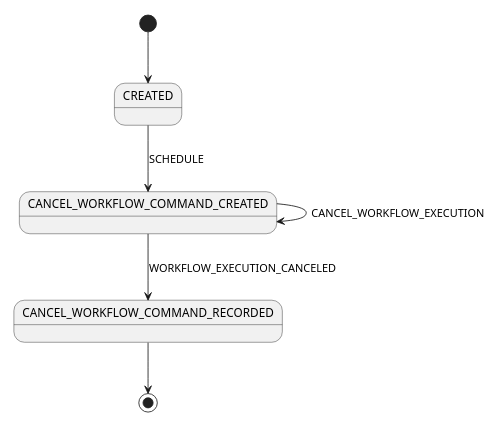
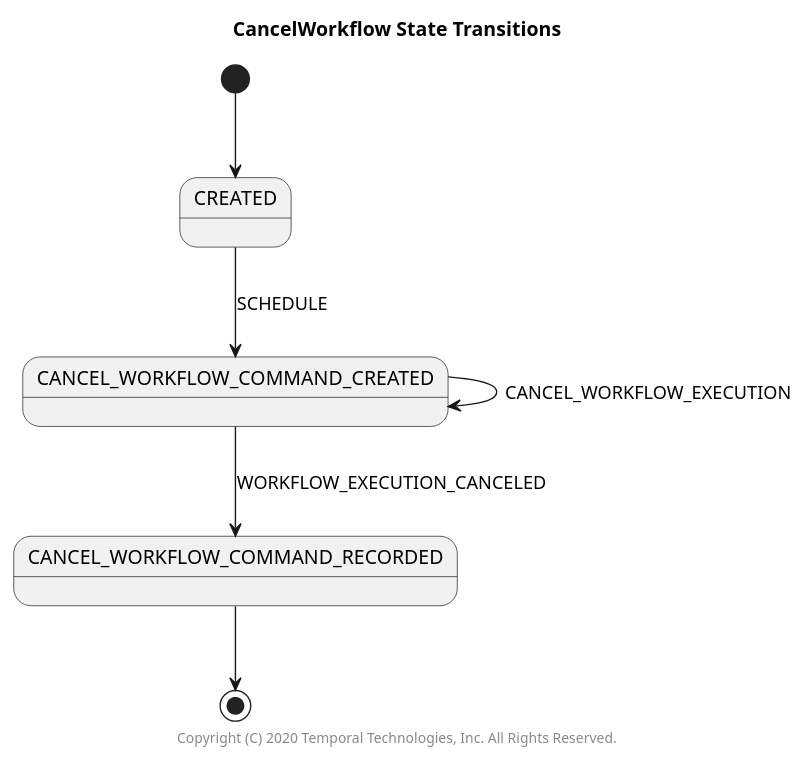
One commit to temporalio/sdk-java changed the diagram in src/main/java/io/temporal/internal/statemachines/CancelWorkflowStateMachine.puml. Above: the diagram before and after it, drawn with PlantUML. The commit also changed 17 other files, not shown here.

```diff
--- a/src/main/java/io/temporal/internal/statemachines/CancelWorkflowStateMachine.puml
+++ b/src/main/java/io/temporal/internal/statemachines/CancelWorkflowStateMachine.puml
@@ -23,8 +23,10 @@
 @startuml
-scale 350 width
+title CancelWorkflow State Transitions
+
 [*] --> CREATED
 CANCEL_WORKFLOW_COMMAND_CREATED --> CANCEL_WORKFLOW_COMMAND_CREATED: CANCEL_WORKFLOW_EXECUTION
 CANCEL_WORKFLOW_COMMAND_CREATED --> CANCEL_WORKFLOW_COMMAND_RECORDED: WORKFLOW_EXECUTION_CANCELED
 CREATED --> CANCEL_WORKFLOW_COMMAND_CREATED: SCHEDULE
 CANCEL_WORKFLOW_COMMAND_RECORDED --> [*]
+center footer Copyright (C) 2020 Temporal Technologies, Inc. All Rights Reserved.
 @enduml
```
